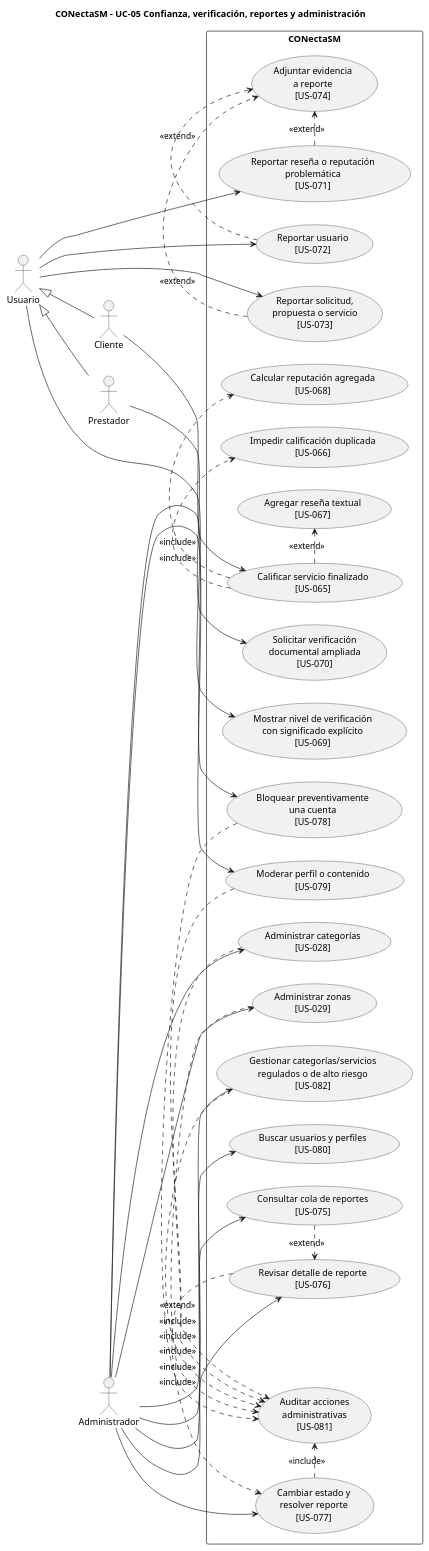
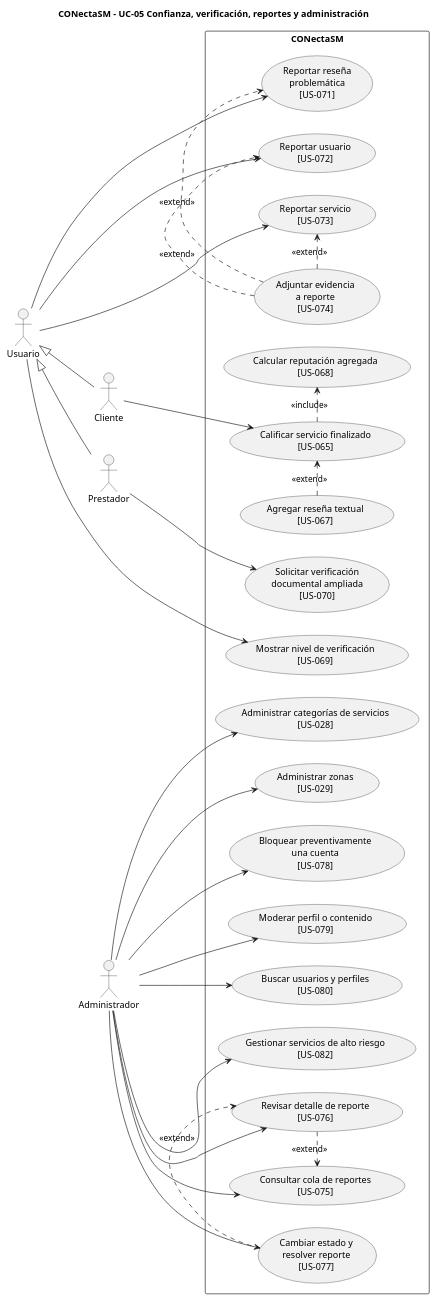
One commit to JsMartinez-dev/proyecto-diseno-ingenieria changed the diagram in FASE-4-Prototipar/08-Casos-de-Uso/Caso-de-uso-5/05_confianza_moderacion_admin.puml. Above: the diagram before and after it, drawn with PlantUML. The commit also changed 21 other files, not shown here.

```diff
--- a/FASE-4-Prototipar/08-Casos-de-Uso/Caso-de-uso-5/05_confianza_moderacion_admin.puml
+++ b/FASE-4-Prototipar/08-Casos-de-Uso/Caso-de-uso-5/05_confianza_moderacion_admin.puml
@@ -1,73 +1,73 @@
 @startuml
 title CONectaSM - UC-05 Confianza, verificación, reportes y administración
 left to right direction
 skinparam packageStyle rectangle
 skinparam shadowing false
 
 actor "Cliente" as Cliente
 actor "Prestador" as Prestador
 actor "Administrador" as Admin
 actor "Usuario" as Usuario
 
 Usuario <|-- Cliente
 Usuario <|-- Prestador
 
 rectangle "CONectaSM" {
+
+
   usecase "Calificar servicio finalizado\n[US-065]" as UC065
-  usecase "Impedir calificación duplicada\n[US-066]" as UC066
   usecase "Agregar reseña textual\n[US-067]" as UC067
   usecase "Calcular reputación agregada\n[US-068]" as UC068
-  usecase "Mostrar nivel de verificación\ncon significado explícito\n[US-069]" as UC069
+  usecase "Mostrar nivel de verificación\n[US-069]" as UC069
   usecase "Solicitar verificación\ndocumental ampliada\n[US-070]" as UC070
-  usecase "Reportar reseña o reputación\nproblemática\n[US-071]" as UC071
+  usecase "Reportar reseña\nproblemática\n[US-071]" as UC071
+
 
   usecase "Reportar usuario\n[US-072]" as UC072
-  usecase "Reportar solicitud,\npropuesta o servicio\n[US-073]" as UC073
+  usecase "Reportar servicio\n[US-073]" as UC073
   usecase "Adjuntar evidencia\na reporte\n[US-074]" as UC074
 
-  usecase "Administrar categorías\n[US-028]" as UC028
+
+  usecase "Administrar categorías de servicios\n[US-028]" as UC028
   usecase "Administrar zonas\n[US-029]" as UC029
   usecase "Consultar cola de reportes\n[US-075]" as UC075
   usecase "Revisar detalle de reporte\n[US-076]" as UC076
   usecase "Cambiar estado y\nresolver reporte\n[US-077]" as UC077
   usecase "Bloquear preventivamente\nuna cuenta\n[US-078]" as UC078
   usecase "Moderar perfil o contenido\n[US-079]" as UC079
   usecase "Buscar usuarios y perfiles\n[US-080]" as UC080
-  usecase "Auditar acciones\nadministrativas\n[US-081]" as UC081
-  usecase "Gestionar categorías/servicios\nregulados o de alto riesgo\n[US-082]" as UC082
+  usecase "Gestionar servicios de alto riesgo\n[US-082]" as UC082
 }
 
+
 Cliente --> UC065
+
 Prestador --> UC070
+
 Usuario --> UC069
 Usuario --> UC071
 Usuario --> UC072
 Usuario --> UC073
-
-UC065 .> UC066 : <<include>>
-UC065 .> UC067 : <<extend>>
-UC065 .> UC068 : <<include>>
-UC071 .> UC074 : <<extend>>
-UC072 .> UC074 : <<extend>>
-UC073 .> UC074 : <<extend>>
 
 Admin --> UC028
 Admin --> UC029
 Admin --> UC075
 Admin --> UC076
 Admin --> UC077
 Admin --> UC078
 Admin --> UC079
 Admin --> UC080
 Admin --> UC082
 
-UC075 .> UC076 : <<extend>>
-UC076 .> UC077 : <<extend>>
-UC077 .> UC081 : <<include>>
-UC078 .> UC081 : <<include>>
-UC079 .> UC081 : <<include>>
-UC028 .> UC081 : <<include>>
-UC029 .> UC081 : <<include>>
-UC082 .> UC081 : <<include>>
+
+UC067 .> UC065 : <<extend>>
+UC065 .> UC068 : <<include>>
+
+UC074 .> UC071 : <<extend>>
+UC074 .> UC072 : <<extend>>
+UC074 .> UC073 : <<extend>>
+
+UC076 .> UC075 : <<extend>>
+UC077 .> UC076 : <<extend>>
 
 @enduml
```
